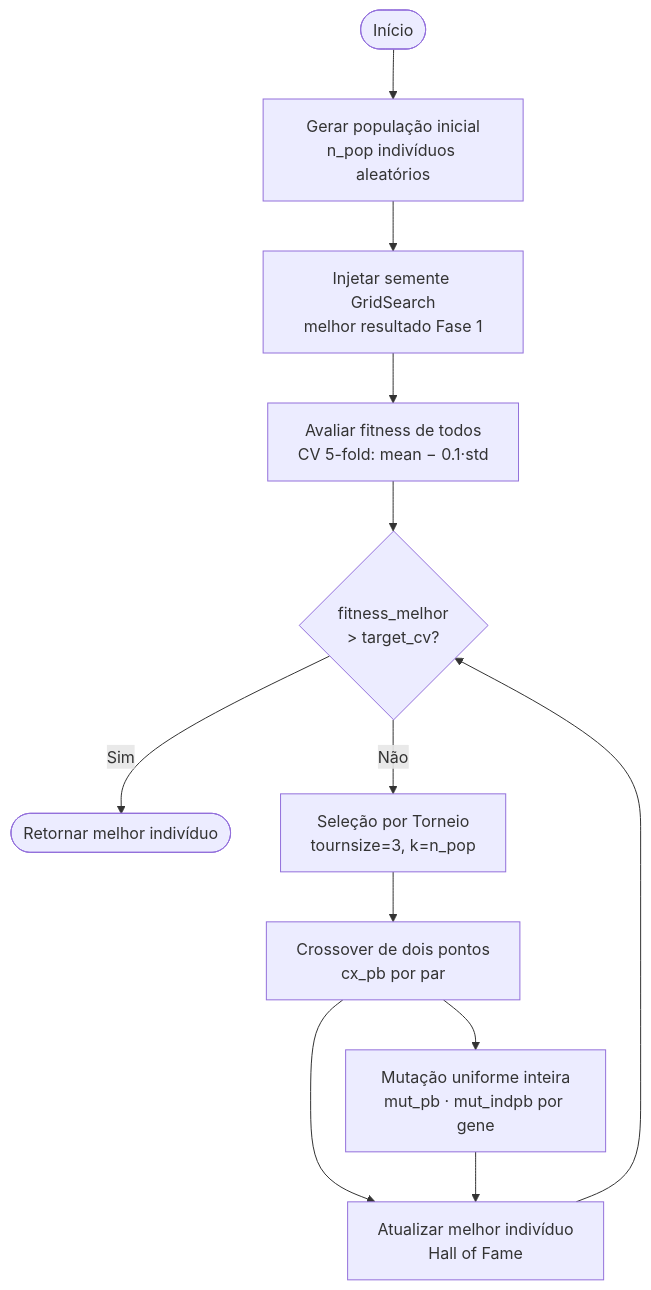
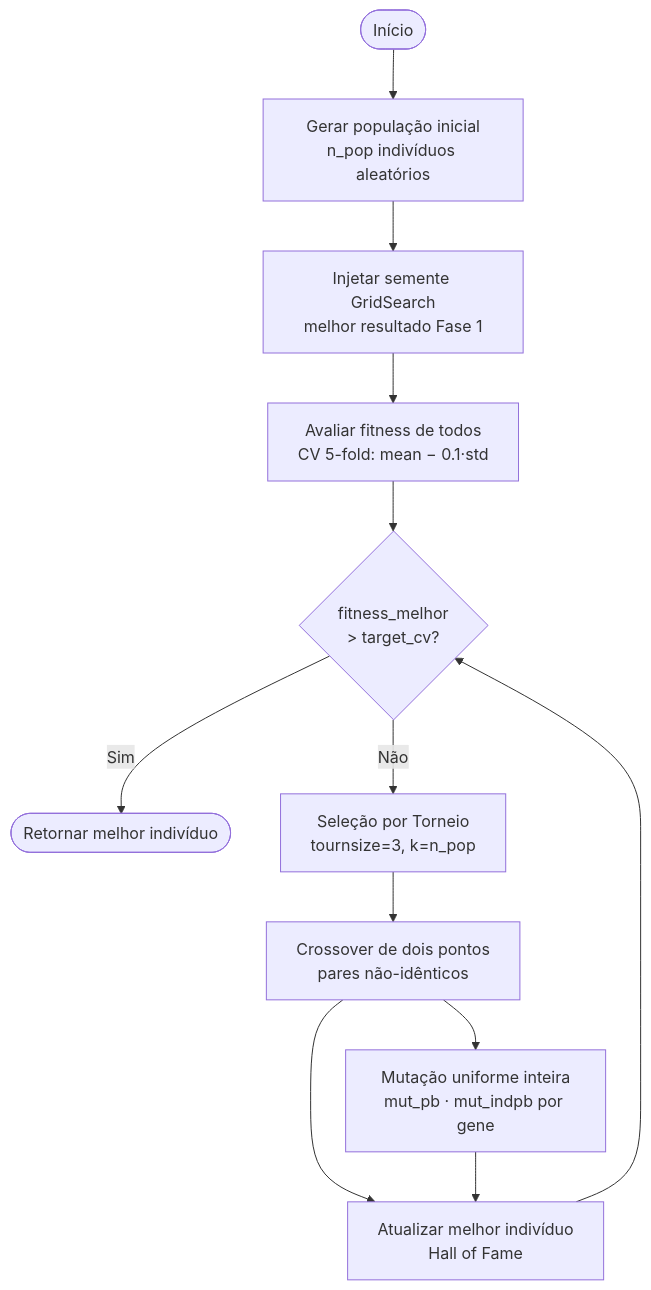
Before and after one commit to rodrigoaraujorosa/fiap-ia-devs-8iadt-fase2-tech-challenge: the diagram in ga_diagram.md, drawn with Mermaid. The commit also changed other lines of this file and 6 other files, not shown here.

````diff
--- a/ga_diagram.md
+++ b/ga_diagram.md
@@ -5,16 +5,16 @@
 ```mermaid
 flowchart TD
     A([Início]) --> B[Gerar população inicial<br/>n_pop indivíduos aleatórios]
     B --> C[Injetar semente GridSearch<br/>melhor resultado Fase 1]
     C --> D[Avaliar fitness de todos<br/>CV 5-fold: mean − 0.1·std]
 
     D --> E{fitness_melhor<br/>> target_cv?}
     E -- Sim --> Z([Retornar melhor indivíduo])
 
     E -- Não --> F[Seleção por Torneio<br/>tournsize=3, k=n_pop]
-    F --> G[Crossover de dois pontos<br/>cx_pb por par]
+    F --> G[Crossover de dois pontos<br/>pares não-idênticos]
     G --> H[Mutação uniforme inteira<br/>mut_pb · mut_indpb por gene]
     G --> J[Atualizar melhor indivíduo<br/>Hall of Fame]
     H --> J[Atualizar melhor indivíduo<br/>Hall of Fame]
     J --> E
 ```
````
